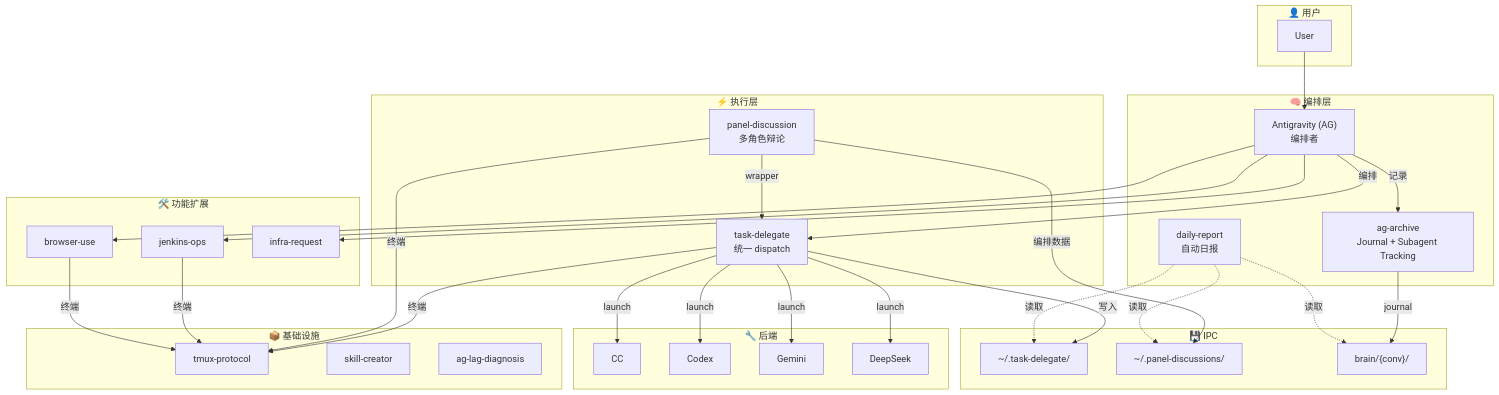
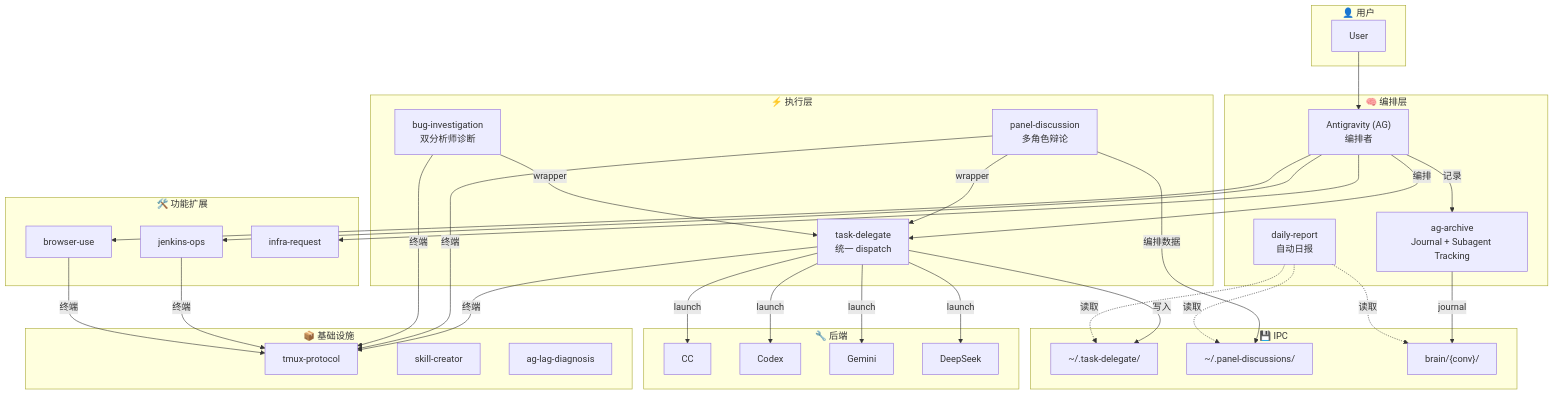
One commit to ligenjian001-ai/agent-skills changed the diagram in README.md. Above: the diagram before and after it, drawn with Mermaid. The commit also changed other lines of this file and 26 other files, not shown here.

````diff
--- a/README.md
+++ b/README.md
@@ -26,49 +26,51 @@
 ```mermaid
 graph TB
     subgraph "👤 用户"
         U[User]
     end
 
     subgraph "🧠 编排层"
         AG["Antigravity (AG)<br/>编排者"]
         ARC["ag-archive<br/>Journal + Subagent Tracking"]
         DR["daily-report<br/>自动日报"]
     end
 
     subgraph "⚡ 执行层"
         TD["task-delegate<br/>统一 dispatch"]
         PD["panel-discussion<br/>多角色辩论"]
+        BI["bug-investigation<br/>双分析师诊断"]
     end
 
     subgraph "🔧 后端"
         CC[CC] & CDX[Codex] & GEM[Gemini] & DS[DeepSeek]
     end
 
     subgraph "🛠️ 功能扩展"
         BU["browser-use"] & JK["jenkins-ops"] & IR["infra-request"]
     end
 
     subgraph "📦 基础设施"
         TMUX["tmux-protocol"]
         SC["skill-creator"]
         ALD["ag-lag-diagnosis"]
     end
 
     subgraph "💾 IPC"
         IPC1["~/.task-delegate/"]
         IPC2["~/.panel-discussions/"]
         IPC3["brain/{conv}/"]
     end
 
     U --> AG
     AG -->|编排| TD
     AG -->|记录| ARC
     TD -->|launch| CC & CDX & GEM & DS
     PD -->|wrapper| TD
+    BI -->|wrapper| TD
     TD -->|写入| IPC1
     PD -->|编排数据| IPC2
     ARC -->|journal| IPC3
     DR -.->|读取| IPC1 & IPC2 & IPC3
     AG --> BU & JK & IR
-    TD & PD & JK & BU -->|终端| TMUX
+    TD & PD & BI & JK & BU -->|终端| TMUX
 ```
````
